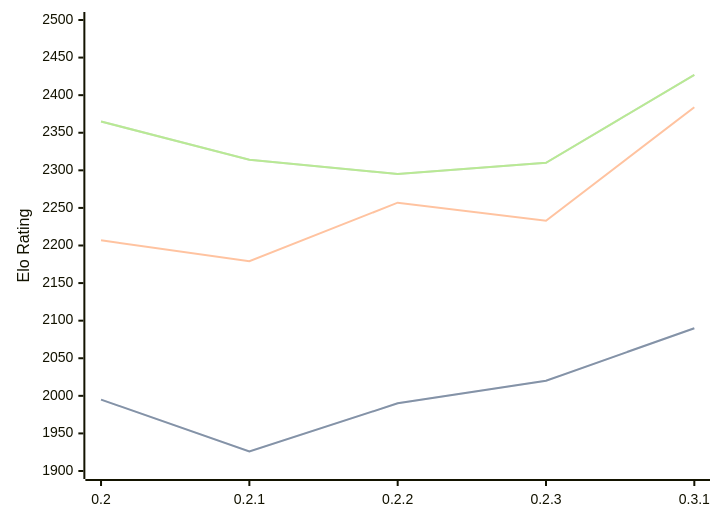
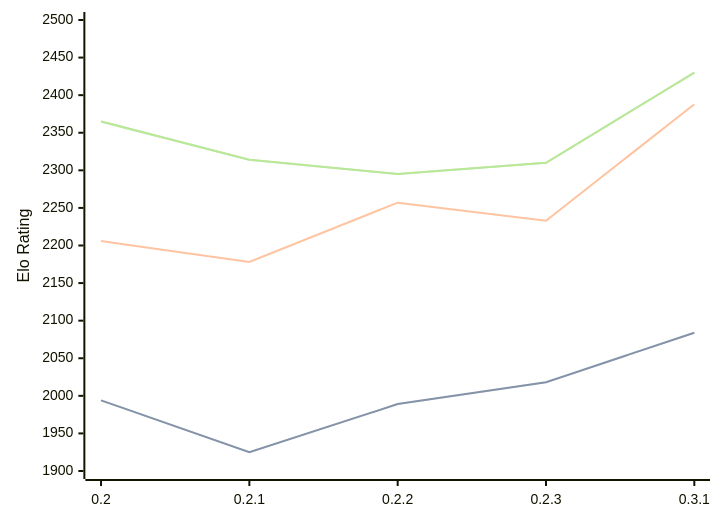
The diagram in engines/Lolbot.md (computer-chess-index/cci), drawn with Mermaid before and after one commit. The commit also changed other lines of this file, not shown here.

Commit message:
Update CCI Ratings (ELO VLTC) - 2026-05-22

````diff
--- a/engines/Lolbot.md
+++ b/engines/Lolbot.md
@@ -36,11 +36,11 @@
 ```mermaid
 %%{init: {"theme":"base","themeVariables":{"seriesColors:['#a3a3a3','#222221','#faa371']}}}%%
 xychart-beta
   x-axis ["0.2", "0.2.1", "0.2.2", "0.2.3", "0.3.1"]
   y-axis "Elo Rating" 1900 --> 2500
-  line "STC (8.0+0.08s)" [1995, 1926, 1990, 2020, 2090]
-  line "STC (8.0+0.08s)" [1995, 1926, 1990, 2020, 2090]
-  line "LTC (60.0+0.60s)" [2207, 2179, 2257, 2233, 2384]
-  line "VLTC (2m24s+1.12s)" [2365, 2314, 2295, 2310, 2427]
-  line "VLTC (2m24s+1.12s)" [2365, 2314, 2295, 2310, 2427]
+  line "STC (8.0+0.08s)" [1994, 1925, 1989, 2018, 2084]
+  line "STC (8.0+0.08s)" [1994, 1925, 1989, 2018, 2084]
+  line "LTC (60.0+0.60s)" [2206, 2178, 2257, 2233, 2388]
+  line "VLTC (2m24s+1.12s)" [2365, 2314, 2295, 2310, 2430]
+  line "VLTC (2m24s+1.12s)" [2365, 2314, 2295, 2310, 2430]
 ```
````
